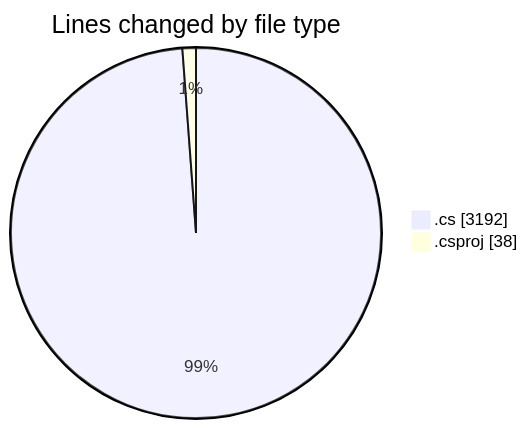
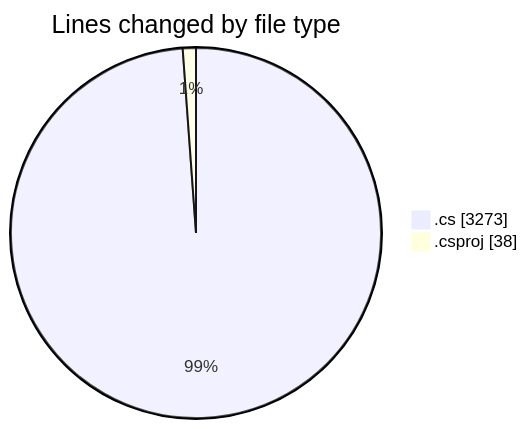
The first of 2 diagrams in 2025-04-03/back-end/README.md (Netris89/code-tracking), drawn with Mermaid before and after one commit. The commit also changed other lines of this file and 1 other file, not shown here.

````diff
--- a/2025-04-03/back-end/README.md
+++ b/2025-04-03/back-end/README.md
@@ -60,6 +61,6 @@
 ```mermaid
 pie showData
 title Lines changed by file type
-".cs" : 3192
+".cs" : 3273
 ".csproj" : 38
 ```
````
